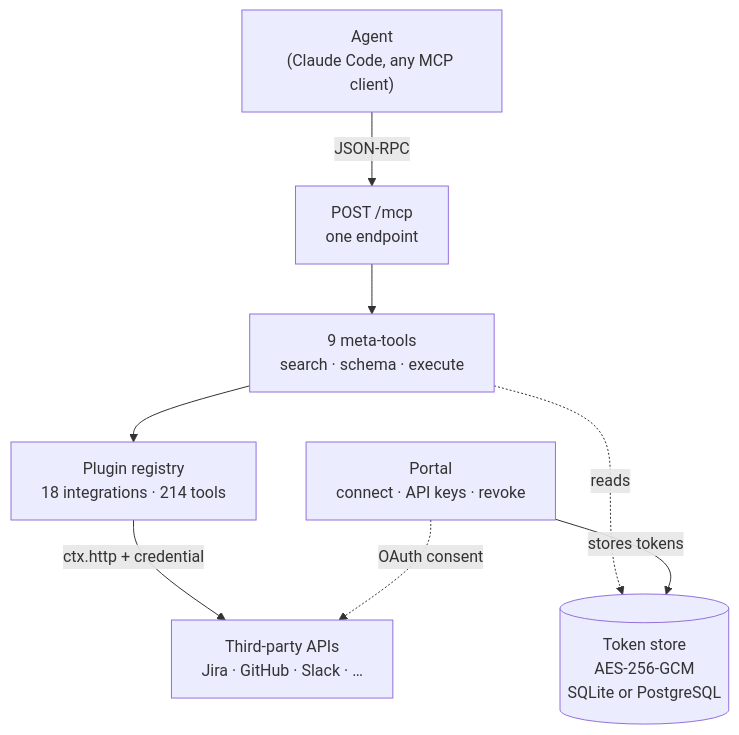
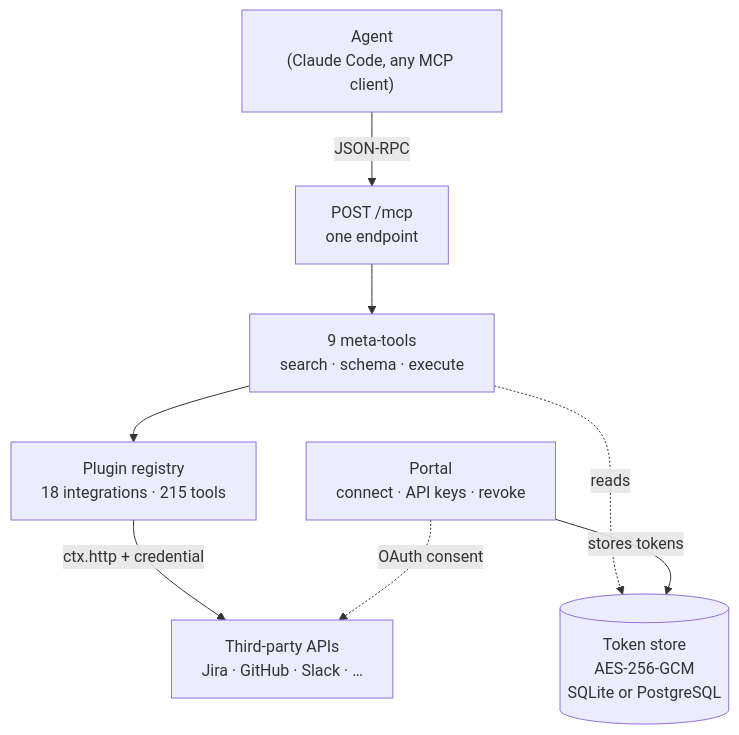
One commit to amarthaid/workbench changed the diagram in docs/site/_content/index.md. Above: the diagram before and after it, drawn with Mermaid. The commit also changed other lines of this file and 12 other files, not shown here.

````diff
--- a/docs/site/_content/index.md
+++ b/docs/site/_content/index.md
@@ -18,18 +18,18 @@
 ```mermaid
 flowchart TB
   Agent["Agent<br/>(Claude Code, any MCP client)"]
   MCP["POST /mcp<br/>one endpoint"]
   Meta["9 meta-tools<br/>search · schema · execute"]
-  Reg["Plugin registry<br/>18 integrations · 214 tools"]
+  Reg["Plugin registry<br/>18 integrations · 215 tools"]
   Portal["Portal<br/>connect · API keys · revoke"]
   Store[("Token store<br/>AES-256-GCM<br/>SQLite or PostgreSQL")]
   APIs["Third-party APIs<br/>Jira · GitHub · Slack · …"]
 
   Agent -->|JSON-RPC| MCP
   MCP --> Meta
   Meta --> Reg
   Reg -->|ctx.http + credential| APIs
   Meta -.reads.-> Store
   Portal -->|stores tokens| Store
   Portal -.OAuth consent.-> APIs
 ```
````
